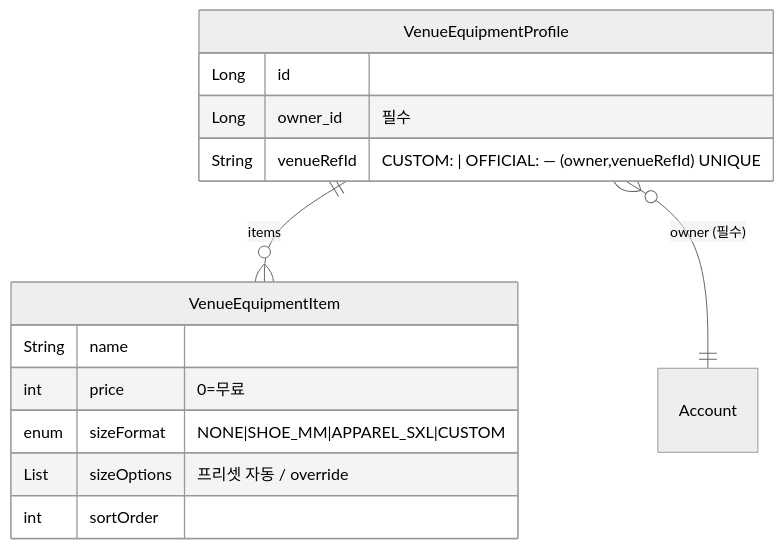
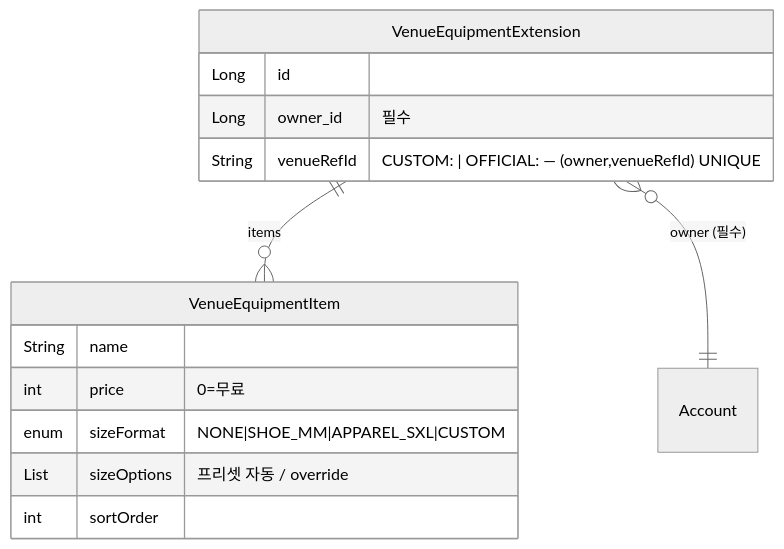
The fifth of 5 diagrams in docs/architecture/venue.md (pungdong/Pungdong-Backend), drawn with Mermaid (neutral theme) before and after one commit. The commit also changed other lines of this file and 13 other files, not shown here.

First line of the commit message:
Refactor: 장비 가격표 엔티티 VenueEquipmentProfile → VenueEquipmentExtension

````diff
--- a/docs/architecture/venue.md
+++ b/docs/architecture/venue.md
@@ -167,18 +167,18 @@
 ```mermaid
 erDiagram
-  VenueEquipmentProfile ||--o{ VenueEquipmentItem : items
-  VenueEquipmentProfile }o--|| Account : "owner (필수)"
+  VenueEquipmentExtension ||--o{ VenueEquipmentItem : items
+  VenueEquipmentExtension }o--|| Account : "owner (필수)"
 
-  VenueEquipmentProfile {
+  VenueEquipmentExtension {
     Long id
     Long owner_id "필수"
     String venueRefId "CUSTOM:<pk> | OFFICIAL:<sanityId> — (owner,venueRefId) UNIQUE"
   }
   VenueEquipmentItem {
     String name
     int price "0=무료"
     enum sizeFormat "NONE|SHOE_MM|APPAREL_SXL|CUSTOM"
     List sizeOptions "프리셋 자동 / override"
     int sortOrder
   }
 ```
````
